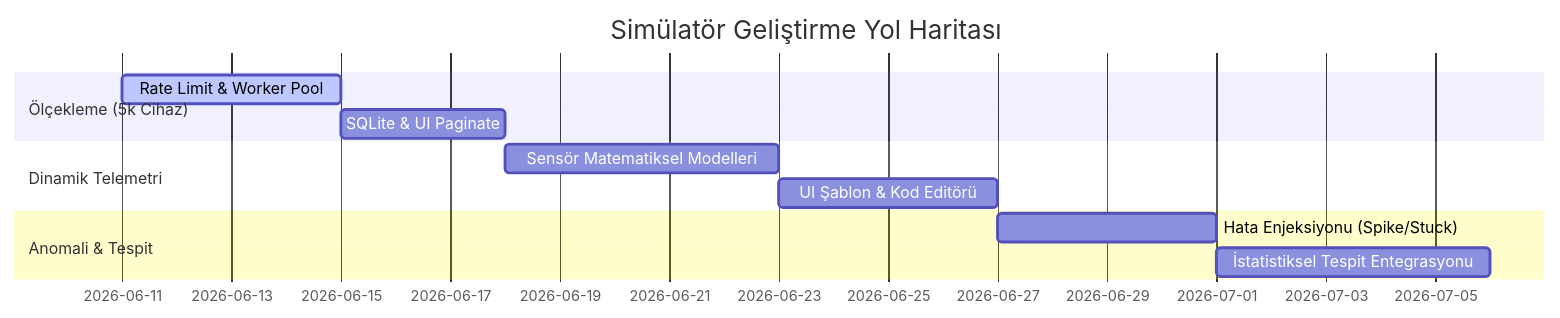
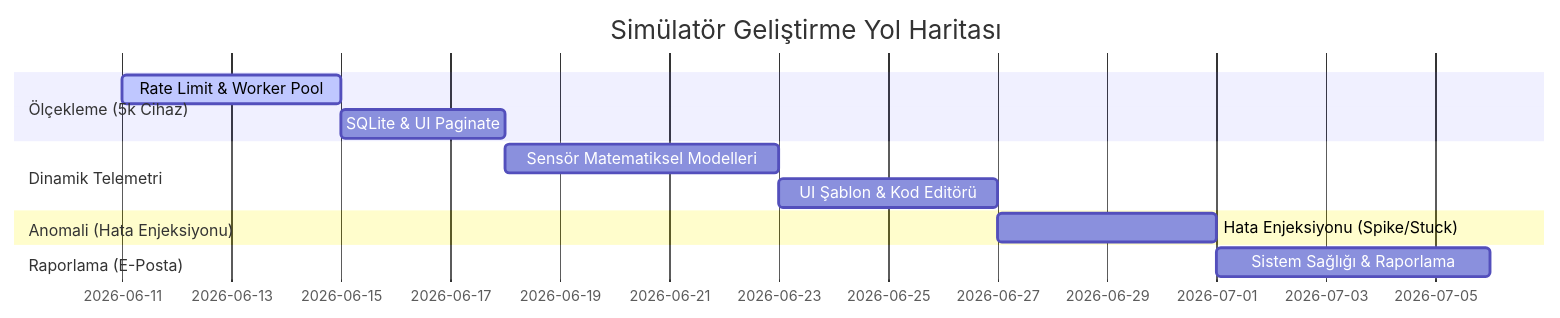
One commit to rhodofer/chirpstack-simulator changed the diagram in plans/simulator_advanced_todo.md. Above: the diagram before and after it, drawn with Mermaid. The commit also changed other lines of this file and 33 other files, not shown here.

````diff
--- a/plans/simulator_advanced_todo.md
+++ b/plans/simulator_advanced_todo.md
@@ -77,14 +79,15 @@
 ```mermaid
 gantt
     title Simülatör Geliştirme Yol Haritası
     dateFormat  YYYY-MM-DD
     section Ölçekleme (5k Cihaz)
     Rate Limit & Worker Pool       :active, p1, 2026-06-11, 4d
     SQLite & UI Paginate          :p2, after p1, 3d
     section Dinamik Telemetri
     Sensör Matematiksel Modelleri   :p3, 2026-06-18, 5d
     UI Şablon & Kod Editörü        :p4, after p3, 4d
-    section Anomali & Tespit
+    section Anomali (Hata Enjeksiyonu)
     Hata Enjeksiyonu (Spike/Stuck)  :p5, 2026-06-27, 4d
-    İstatistiksel Tespit Entegrasyonu:p6, after p5, 5d
+    section Raporlama (E-Posta)
+    Sistem Sağlığı & Raporlama      :p6, after p5, 5d
 ```
````
